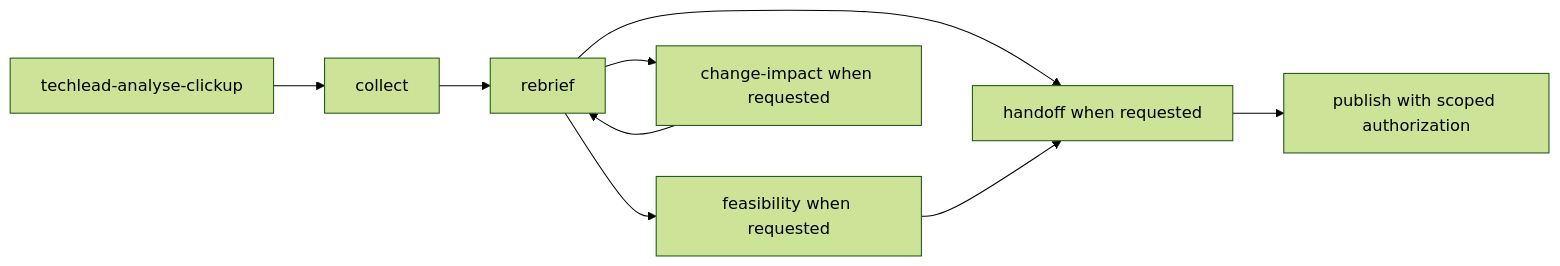
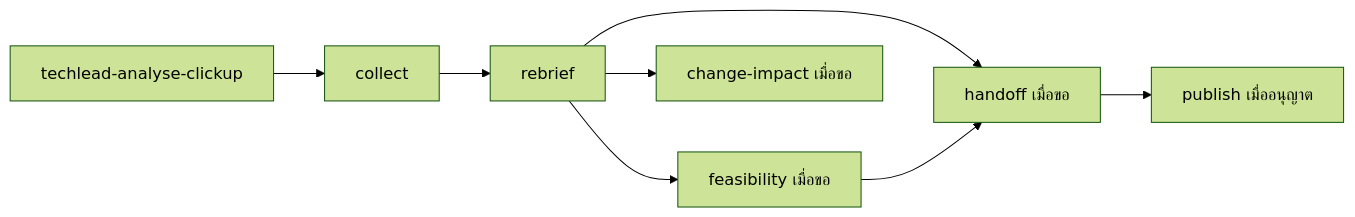
Before and after one commit to fake-or-dead/clickup-agent-kit: the diagram in README.md, drawn with Mermaid (forest theme). The commit also changed other lines of this file and 8 other files, not shown here.

````diff
--- a/README.md
+++ b/README.md
@@ -63,11 +68,10 @@
 ```mermaid
 flowchart LR
   O[techlead-analyse-clickup] --> C[collect]
   C --> R[rebrief]
-  R --> F[feasibility when requested]
-  R --> H[handoff when requested]
+  R --> F[feasibility เมื่อขอ]
+  R --> H[handoff เมื่อขอ]
   F --> H
-  R --> I[change-impact when requested]
-  H --> P[publish with scoped authorization]
-  I --> R
+  R --> I[change-impact เมื่อขอ]
+  H --> P[publish เมื่ออนุญาต]
 ```
````
